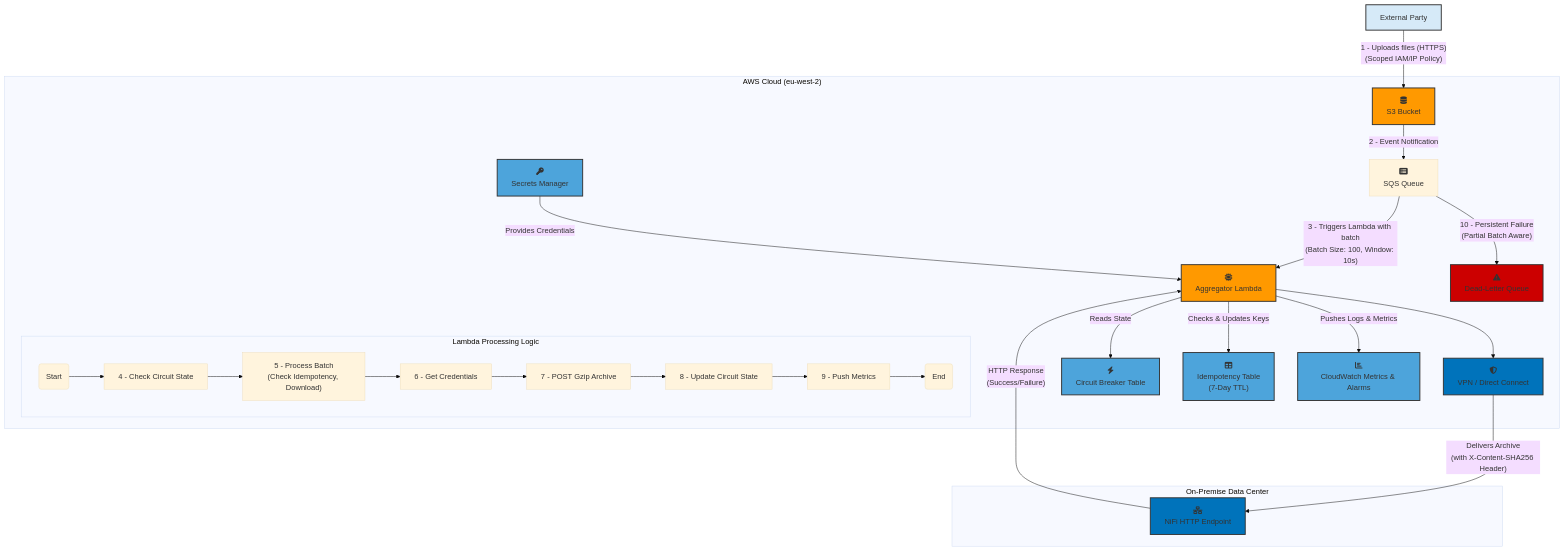
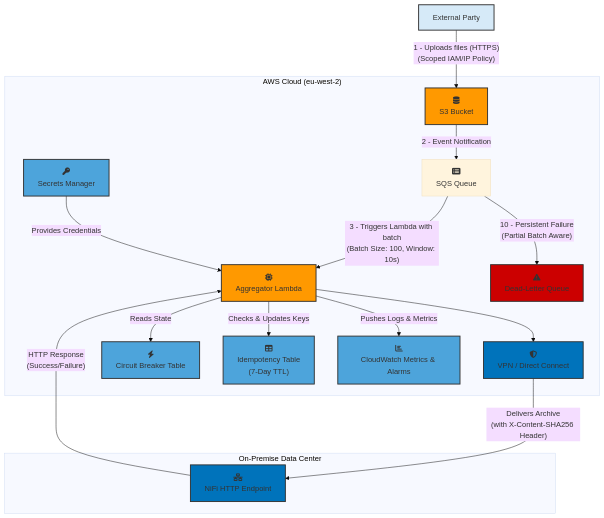
The first of 2 diagrams in README.md (jathorp/data-agregator), drawn with Mermaid (base theme) before and after one commit. The commit also changed other lines of this file, not shown here.

````diff
--- a/README.md
+++ b/README.md
@@ -56,68 +56,53 @@
 ```mermaid
 flowchart TD
     %% ───────── External Entities ─────────
     ExternalParty["External Party"]
     subgraph "On-Premise Data Center"
         NiFi["fa:fa-network-wired<br/>NiFi HTTP Endpoint"]
     end
 
     %% ───────── AWS Cloud (eu-west-2) System Boundary ─────────
     subgraph "AWS Cloud (eu-west-2)"
         %% Main Data Flow Nodes
         S3["fa:fa-database<br/>S3 Bucket"]
         SQS["fa:fa-list-alt<br/>SQS Queue"]
         Lambda["fa:fa-microchip<br/>Aggregator Lambda"]
         SecureTunnel["fa:fa-shield-alt<br/>VPN / Direct Connect"]
         DLQ["fa:fa-exclamation-triangle<br/>Dead-Letter Queue"]
         
         %% Supporting Service Nodes
         DynamoCB["fa:fa-bolt<br/>Circuit Breaker Table"]
         DynamoDB["fa:fa-table<br/>Idempotency Table<br/>(7-Day TTL)"]
         SecretsManager["fa:fa-key<br/>Secrets Manager"]
         CloudWatch["fa:fa-chart-bar<br/>CloudWatch Metrics & Alarms"]
-        
-        %% Lambda Processing Logic Sub-graph
-        subgraph "Lambda Processing Logic"
-            direction LR
-            L_Start("Start")
-            L_CheckCircuit["4 - Check Circuit State"]
-            L_ProcessBatch["5 - Process Batch<br/>(Check Idempotency, Download)"]
-            L_GetCreds["6 - Get Credentials"]
-            L_Post["7 - POST Gzip Archive"]
-            L_UpdateCircuit["8 - Update Circuit State"]
-            L_Metrics["9 - Push Metrics"]
-            L_End("End")
-    
-            L_Start --> L_CheckCircuit --> L_ProcessBatch --> L_GetCreds --> L_Post --> L_UpdateCircuit --> L_Metrics --> L_End
-        end
 
         %% Internal System Connections
         S3              -->|"2 - Event Notification"| SQS
         SQS             -->|"3 - Triggers Lambda with batch<br/>(Batch Size: 100, Window: 10s)"| Lambda
         Lambda -- "Reads State" --> DynamoCB
         Lambda -- "Checks & Updates Keys" --> DynamoDB
         SecretsManager -- "Provides Credentials" --> Lambda
         Lambda -- "Pushes Logs & Metrics" --> CloudWatch
         Lambda --> SecureTunnel
         SQS -->|"10 - Persistent Failure<br/>(Partial Batch Aware)"| DLQ
     end
 
     %% ───────── Boundary Crossing Connections ─────────
     ExternalParty   -->|"1 - Uploads files (HTTPS)<br/>(Scoped IAM/IP Policy)"| S3
     SecureTunnel -->|"Delivers Archive<br/>(with X-Content-SHA256 Header)"| NiFi
     NiFi -- "HTTP Response<br/>(Success/Failure)" --> Lambda
 
     %% ───────── Styling ─────────
     classDef main fill:#FF9900,stroke:#333,stroke-width:2px;
     classDef supp fill:#4DA4DB,stroke:#333,stroke-width:2px;
     classDef conn fill:#0073BB,stroke:#333,stroke-width:2px;
     classDef danger fill:#CC0000,stroke:#333,stroke-width:2px;
     classDef key fill:#D6EAF8,stroke:#333,stroke-width:2px;
 
     class Lambda,S3 main
     class SQS main,fill:#FF4F8B
     class DynamoDB,DynamoCB,SecretsManager,CloudWatch supp
     class SecureTunnel,NiFi conn
     class DLQ danger
     class ExternalParty key
 ```
````
